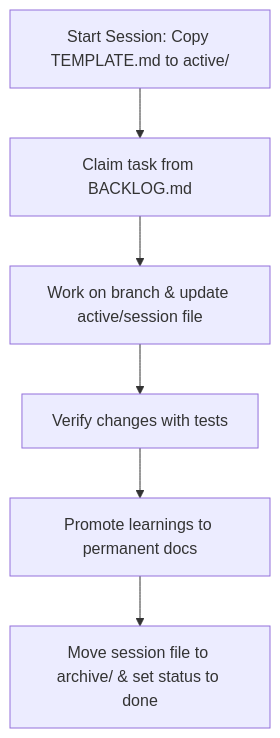
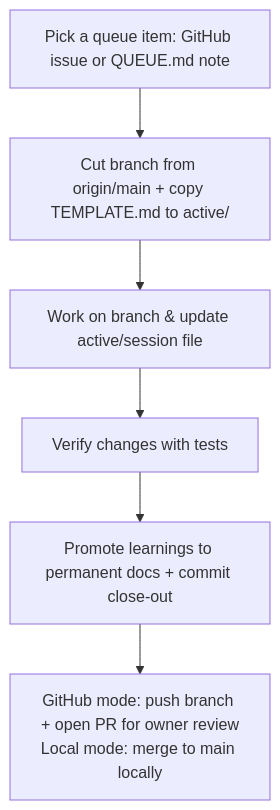
The diagram in template/README.md (TheGU/project-agent-memory-template), drawn with Mermaid before and after one commit. The commit also changed other lines of this file and 11 other files, not shown here.

First line of the commit message:
Template: production way-of-works (local mode + GitHub mode)

````diff
--- a/template/README.md
+++ b/template/README.md
@@ -82,8 +81,8 @@
 ```mermaid
 graph TD
-    A[Start Session: Copy TEMPLATE.md to active/] --> B[Claim task from BACKLOG.md]
+    A[Pick a queue item: GitHub issue or QUEUE.md note] --> B[Cut branch from origin/main + copy TEMPLATE.md to active/]
     B --> C[Work on branch & update active/session file]
     C --> D[Verify changes with tests]
-    D --> E[Promote learnings to permanent docs]
-    E --> F[Move session file to archive/ & set status to done]
+    D --> E[Promote learnings to permanent docs + commit close-out]
+    E --> F[GitHub mode: push branch + open PR for owner review<br/>Local mode: merge to main locally]
 ```
````
